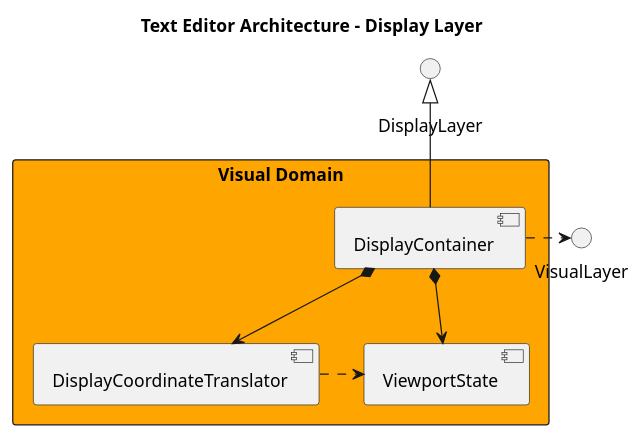
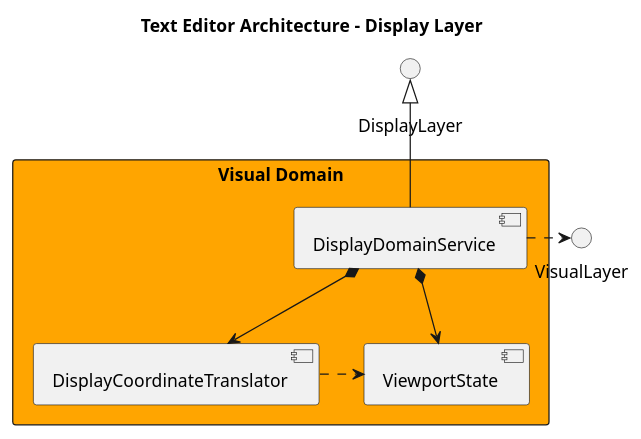
The diagram in docs/source/specs/architecture/diagrams/display_components.puml (JoeRittiner/TextEngine), drawn with PlantUML before and after one commit. The commit also changed 2 other files, not shown here.

Commit message:
doc: Add View Domain Service component description.

```diff
--- a/docs/source/specs/architecture/diagrams/display_components.puml
+++ b/docs/source/specs/architecture/diagrams/display_components.puml
@@ -1,24 +1,24 @@
 @startuml
 
 title Text Editor Architecture - Display Layer
 
 interface DisplayLayer as "\nDisplayLayer"
 interface VisualLayer
 
 rectangle "Visual Domain" #Orange {
-   component DisplayContainer
+   component DisplayDomainService
    component DisplayCoordinateTranslator
    component ViewportState
    'Stateless?
    ' component CoordinateTranslator
 }
 
-DisplayContainer -up-|> DisplayLayer
+DisplayDomainService -up-|> DisplayLayer
 
-DisplayContainer *--> DisplayCoordinateTranslator
-DisplayContainer *--> ViewportState
+DisplayDomainService *--> DisplayCoordinateTranslator
+DisplayDomainService *--> ViewportState
 DisplayCoordinateTranslator .> ViewportState
 
-DisplayContainer .> VisualLayer
+DisplayDomainService .> VisualLayer
 
 @enduml
```
